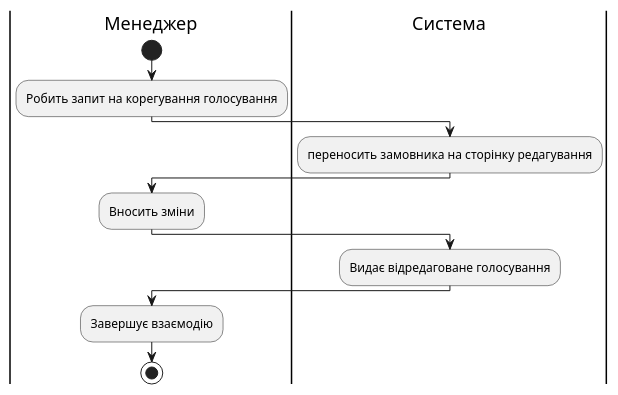
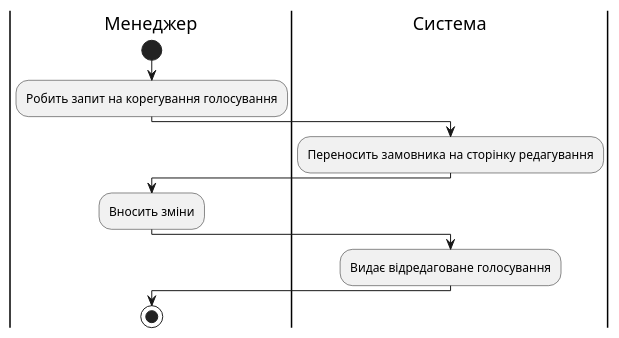
The tenth of 16 diagrams in docs/use cases/README.md (YehorSeniuk/IOO), drawn with PlantUML before and after one commit. The commit also changed other lines of this file, not shown here.

```diff
--- a/docs/use cases/README.md
+++ b/docs/use cases/README.md
@@ -163,21 +214,20 @@
 @startuml
 |Менеджер|
 start;
 :Робить запит на корегування голосування;
 
 
 |Система|
-:переносить замовника на сторінку редагування;
+:Переносить замовника на сторінку редагування;
 
 |Менеджер|
 :Вносить зміни;
 
 |Система|
 :Видає відредаговане голосування;
 
 
 |Менеджер|
-:Завершує взаємодію;
 stop;
 
 @enduml
```
